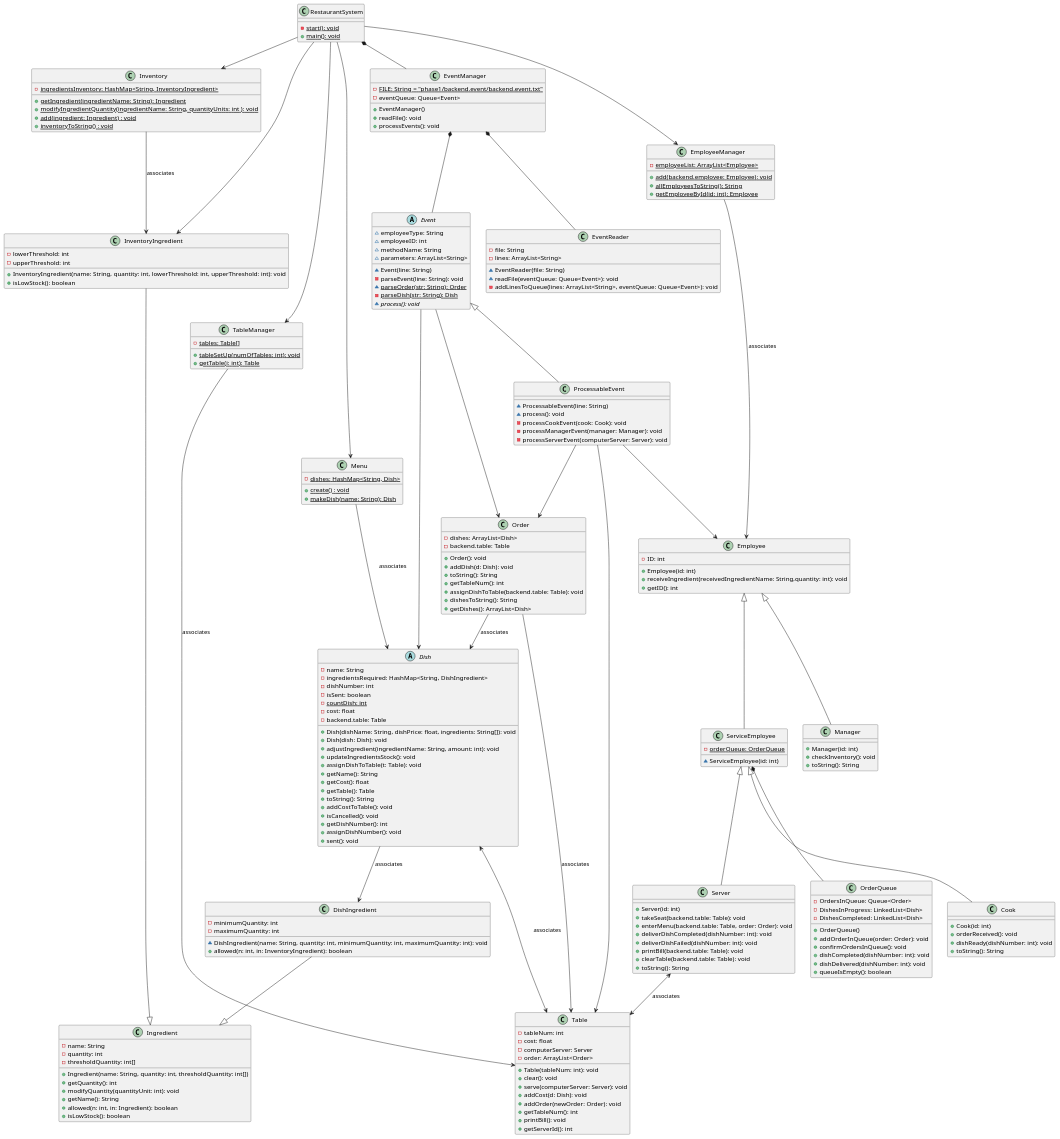
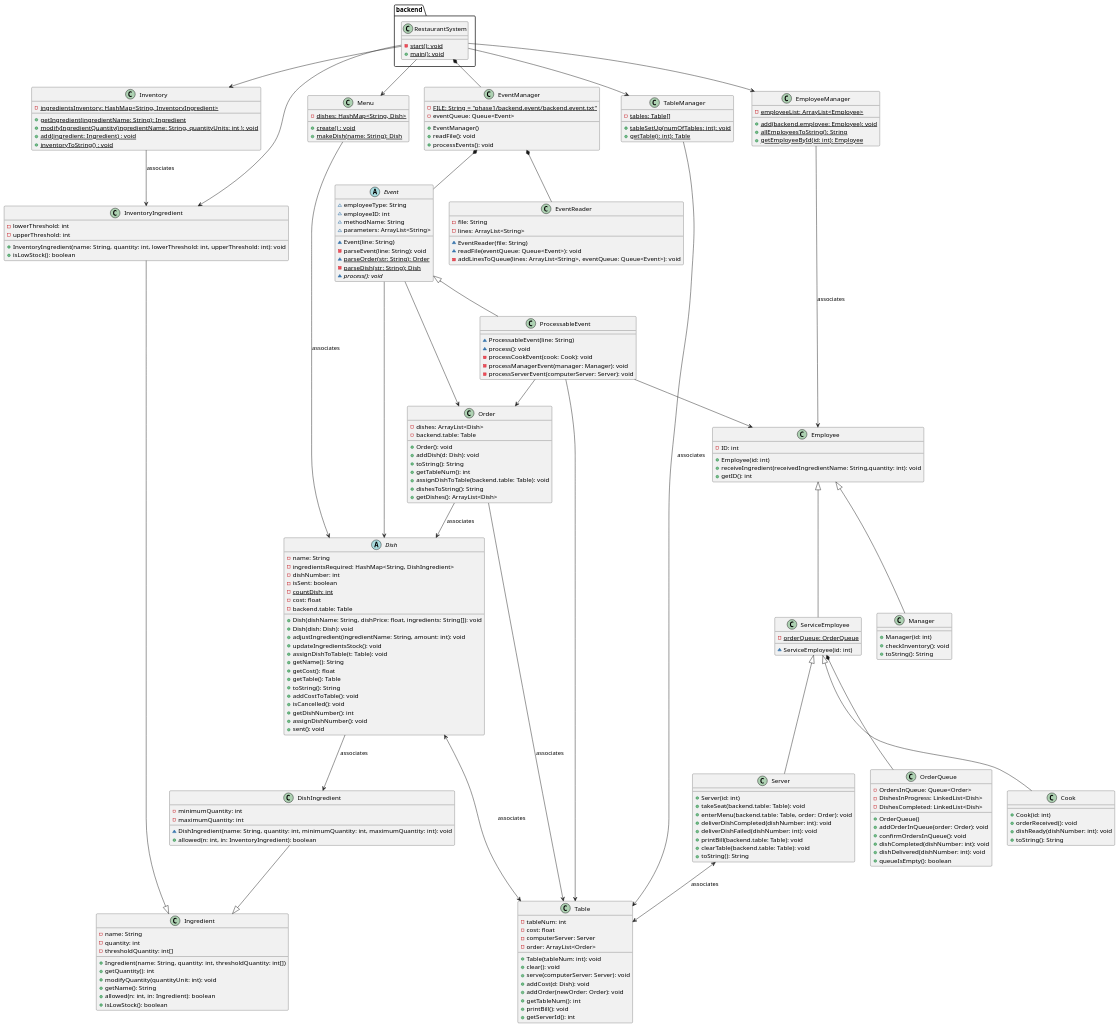
The diagram in phase2/etc/phase1uml.puml (billangli/RestaurantSystem), drawn with PlantUML before and after one commit. The commit also changed 7 other files, not shown here.

```diff
--- a/phase2/etc/phase1uml.puml
+++ b/phase2/etc/phase1uml.puml
@@ -213,16 +213,16 @@
 ProcessableEvent --> Order
 
 
-class RestaurantSystem{
+class backend.RestaurantSystem{
 - {static} start(): void
 + {static} main(): void
 }
 
-RestaurantSystem --> TableManager
-RestaurantSystem --> EmployeeManager
-RestaurantSystem --> InventoryIngredient
-RestaurantSystem --> Inventory
-RestaurantSystem --> Menu
+backend.RestaurantSystem --> TableManager
+backend.RestaurantSystem --> EmployeeManager
+backend.RestaurantSystem --> InventoryIngredient
+backend.RestaurantSystem --> Inventory
+backend.RestaurantSystem --> Menu
 
-RestaurantSystem *-- EventManager
+backend.RestaurantSystem *-- EventManager
 @enduml
```
